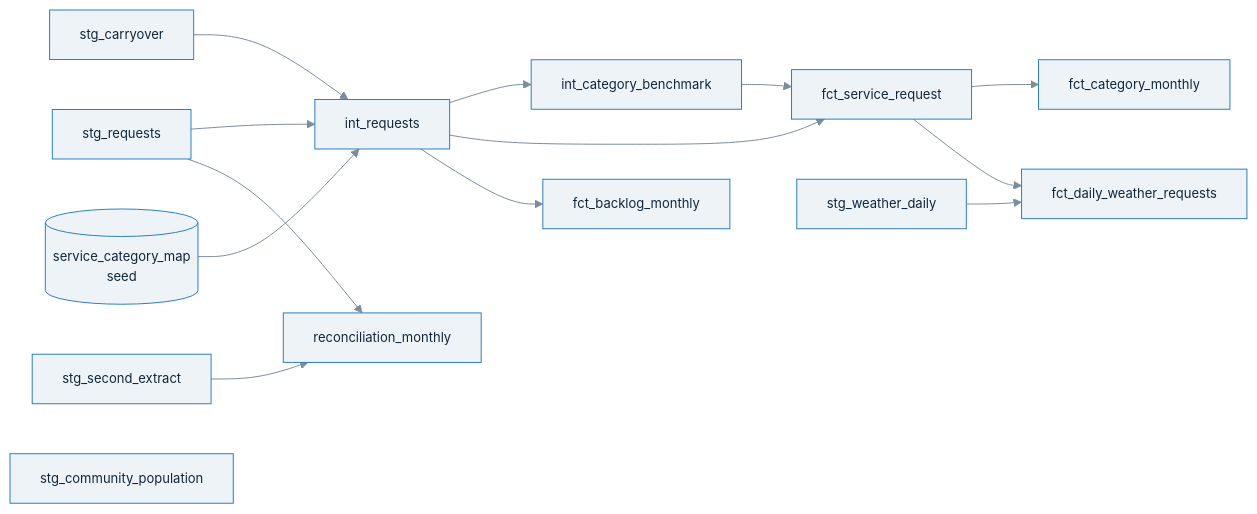
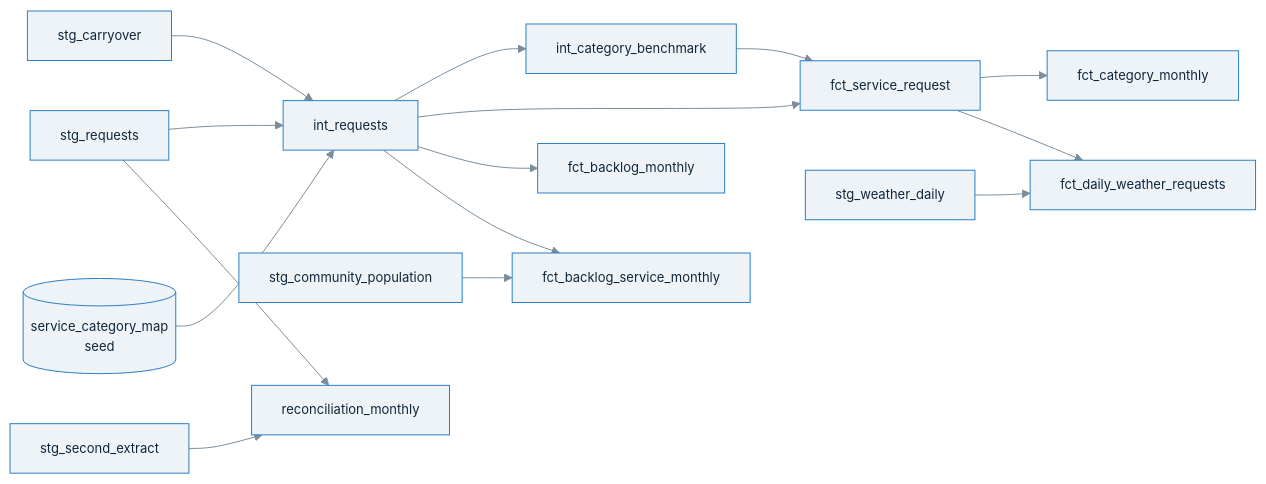
The second of 4 diagrams in docs/ARCHITECTURE.md (Nelson-Lefebvre/calgary-311-service-performance), drawn with Mermaid before and after one commit. The commit also changed other lines of this file and 1 other file, not shown here.

````diff
--- a/docs/ARCHITECTURE.md
+++ b/docs/ARCHITECTURE.md
@@ -60,19 +60,21 @@
 ```mermaid
 %%{init: {'theme':'base','themeVariables':{
   'primaryColor':'#EEF3F8','primaryBorderColor':'#2C7FC4','primaryTextColor':'#10263A',
   'lineColor':'#7B8D9C','fontFamily':'Segoe UI, system-ui, sans-serif','fontSize':'13px'}}}%%
 flowchart LR
     s1[stg_requests] --> i1[int_requests]
     s2[stg_carryover] --> i1
     seed[(service_category_map<br/>seed)] --> i1
     i1 --> i2[int_category_benchmark]
     i1 --> f1[fct_service_request]
     i2 --> f1
     f1 --> f2[fct_category_monthly]
     i1 --> f3[fct_backlog_monthly]
+    i1 --> f6[fct_backlog_service_monthly]
+    s5 --> f6
     f1 --> f4[fct_daily_weather_requests]
     s4[stg_weather_daily] --> f4
     s3[stg_second_extract] --> f5[reconciliation_monthly]
     s1 --> f5
     s5[stg_community_population]
 ```
````
